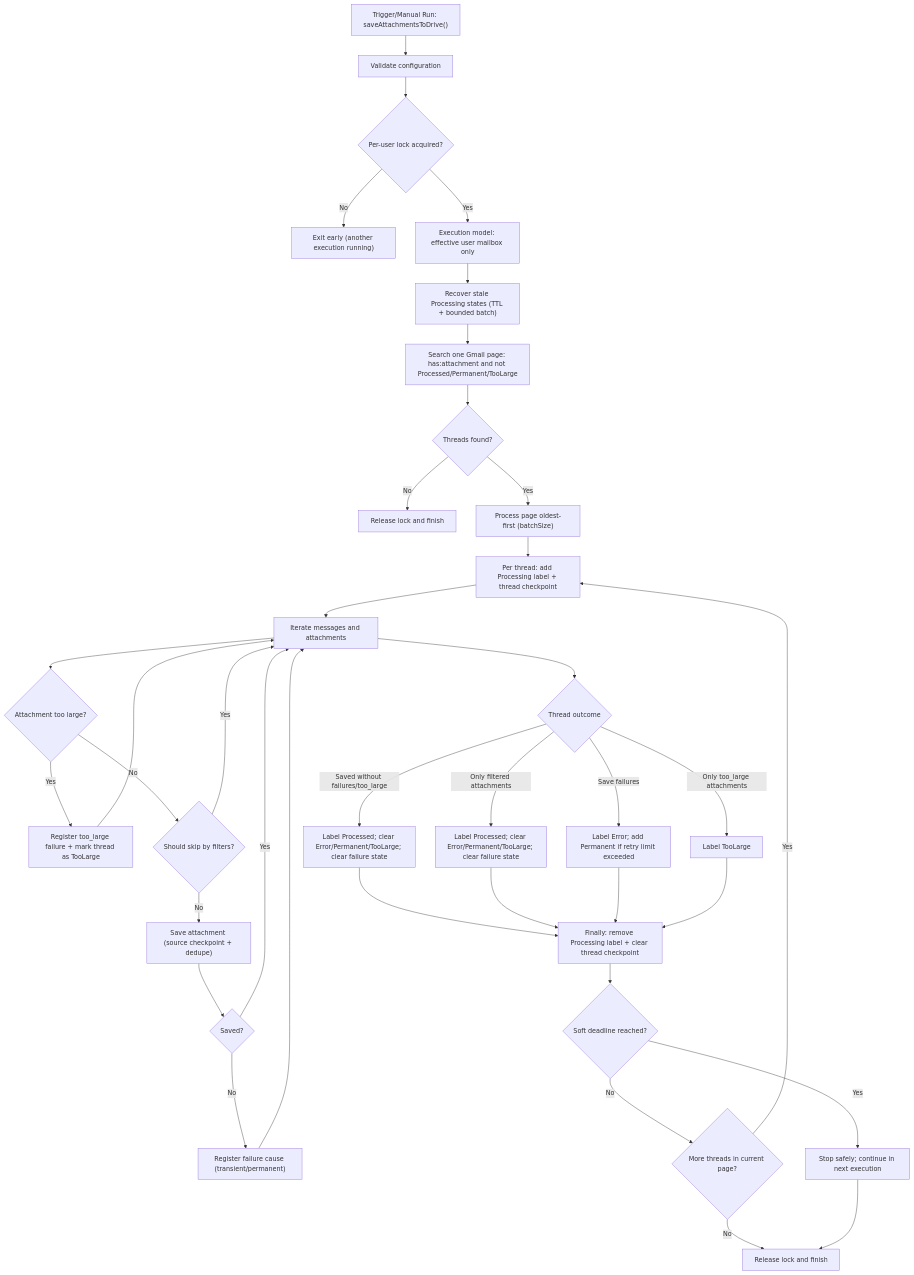
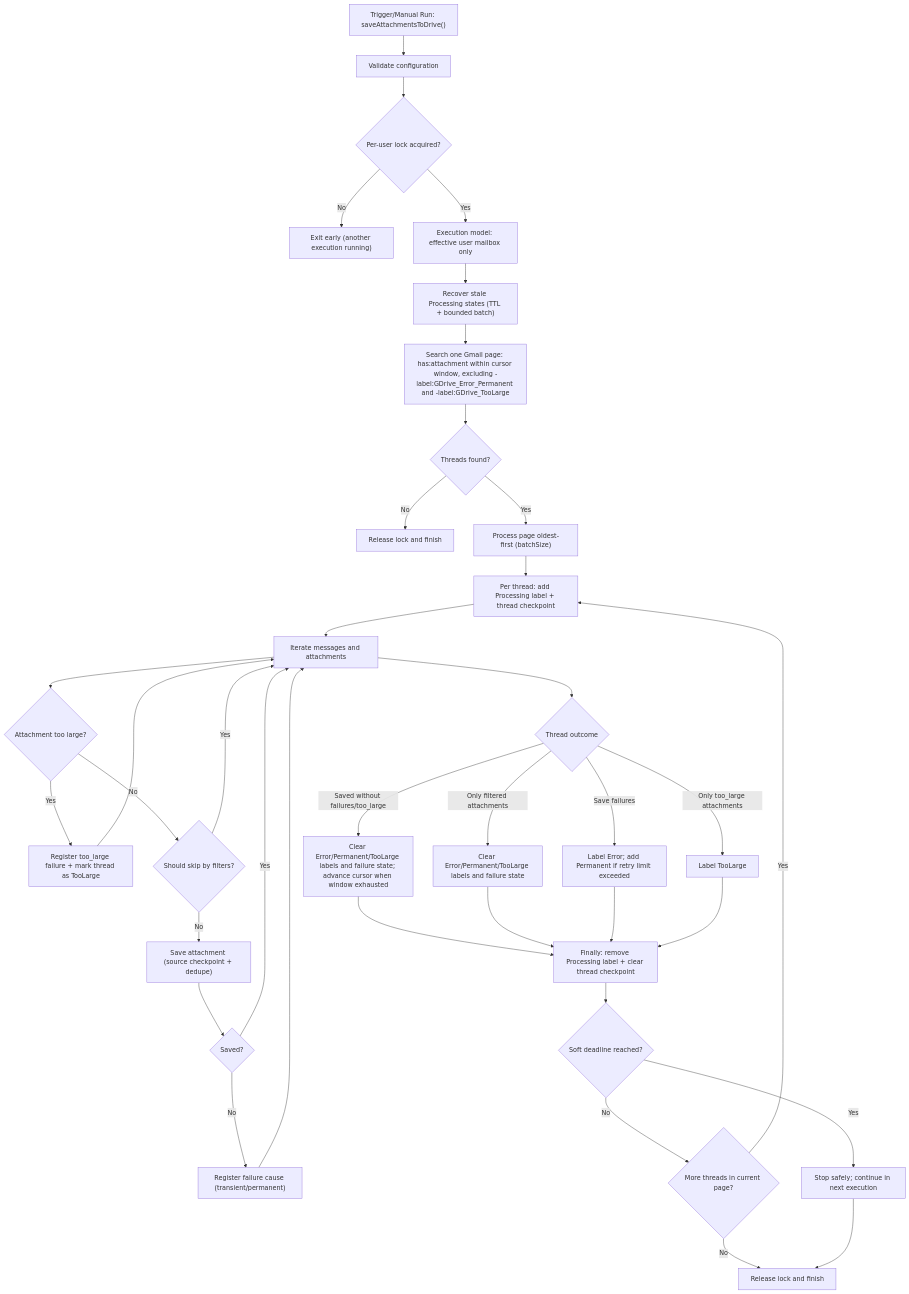
Before and after one commit to petalo/save-attachments-from-gmail-to-gdrive: the diagram in README.md, drawn with Mermaid. The commit also changed other lines of this file and 4 other files, not shown here.

First line of the commit message:
docs: align README and source comments with cursor-based label model

````diff
--- a/README.md
+++ b/README.md
@@ -212,43 +213,43 @@
 ```mermaid
 flowchart TD
   A["Trigger/Manual Run: saveAttachmentsToDrive()"] --> B["Validate configuration"]
   B --> C{"Per-user lock acquired?"}
   C -- "No" --> X["Exit early (another execution running)"]
   C -- "Yes" --> D["Execution model: effective user mailbox only"]
   D --> E["Recover stale Processing states (TTL + bounded batch)"]
-  E --> F["Search one Gmail page: has:attachment and not Processed/Permanent/TooLarge"]
+  E --> F["Search one Gmail page: has:attachment within cursor window, excluding -label:GDrive_Error_Permanent and -label:GDrive_TooLarge"]
   F --> G{"Threads found?"}
   G -- "No" --> Y["Release lock and finish"]
   G -- "Yes" --> H["Process page oldest-first (batchSize)"]
 
   H --> I["Per thread: add Processing label + thread checkpoint"]
   I --> J["Iterate messages and attachments"]
   J --> K{"Attachment too large?"}
   K -- "Yes" --> K1["Register too_large failure + mark thread as TooLarge"]
   K1 --> J
   K -- "No" --> L{"Should skip by filters?"}
   L -- "Yes" --> J
   L -- "No" --> M["Save attachment (source checkpoint + dedupe)"]
   M --> N{"Saved?"}
   N -- "Yes" --> J
   N -- "No" --> P["Register failure cause (transient/permanent)"]
   P --> J
 
   J --> Q{"Thread outcome"}
-  Q -- "Saved without failures/too_large" --> Q1["Label Processed; clear Error/Permanent/TooLarge; clear failure state"]
-  Q -- "Only filtered attachments" --> Q2["Label Processed; clear Error/Permanent/TooLarge; clear failure state"]
+  Q -- "Saved without failures/too_large" --> Q1["Clear Error/Permanent/TooLarge labels and failure state; advance cursor when window exhausted"]
+  Q -- "Only filtered attachments" --> Q2["Clear Error/Permanent/TooLarge labels and failure state"]
   Q -- "Save failures" --> Q3["Label Error; add Permanent if retry limit exceeded"]
   Q -- "Only too_large attachments" --> Q4["Label TooLarge"]
 
   Q1 --> R["Finally: remove Processing label + clear thread checkpoint"]
   Q2 --> R
   Q3 --> R
   Q4 --> R
 
   R --> S{"Soft deadline reached?"}
   S -- "Yes" --> T["Stop safely; continue in next execution"]
   S -- "No" --> U{"More threads in current page?"}
   U -- "Yes" --> I
   U -- "No" --> V["Release lock and finish"]
   T --> V
 ```
````
